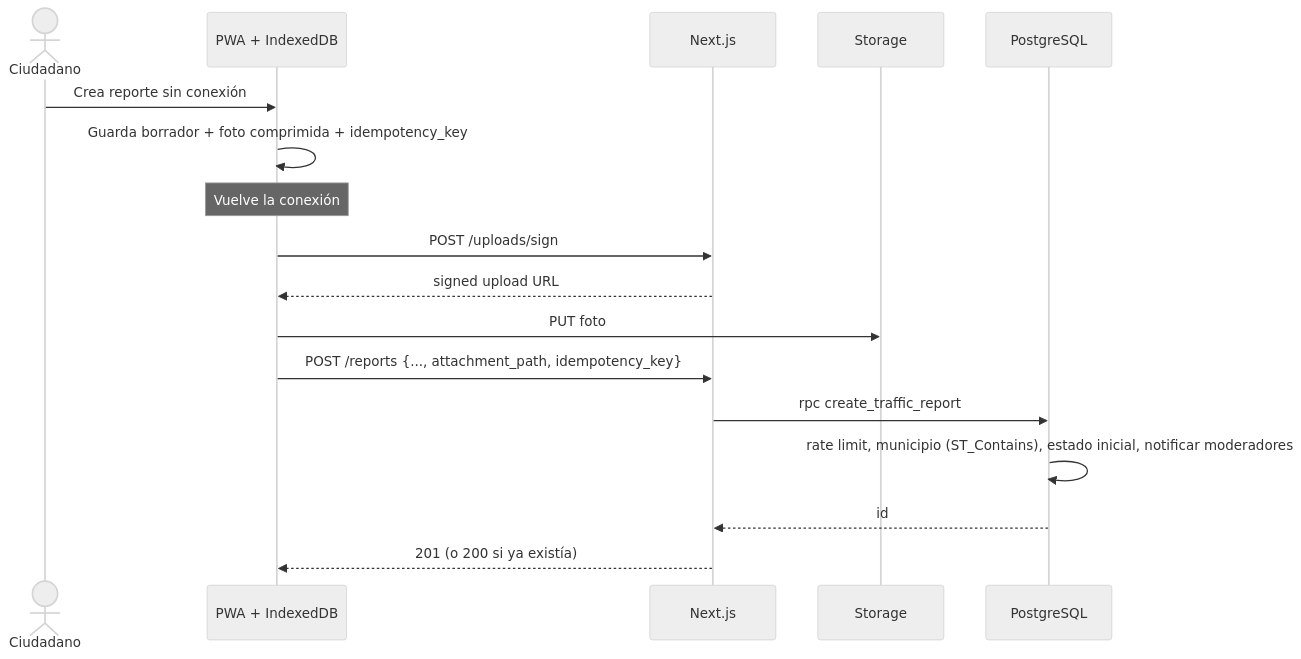
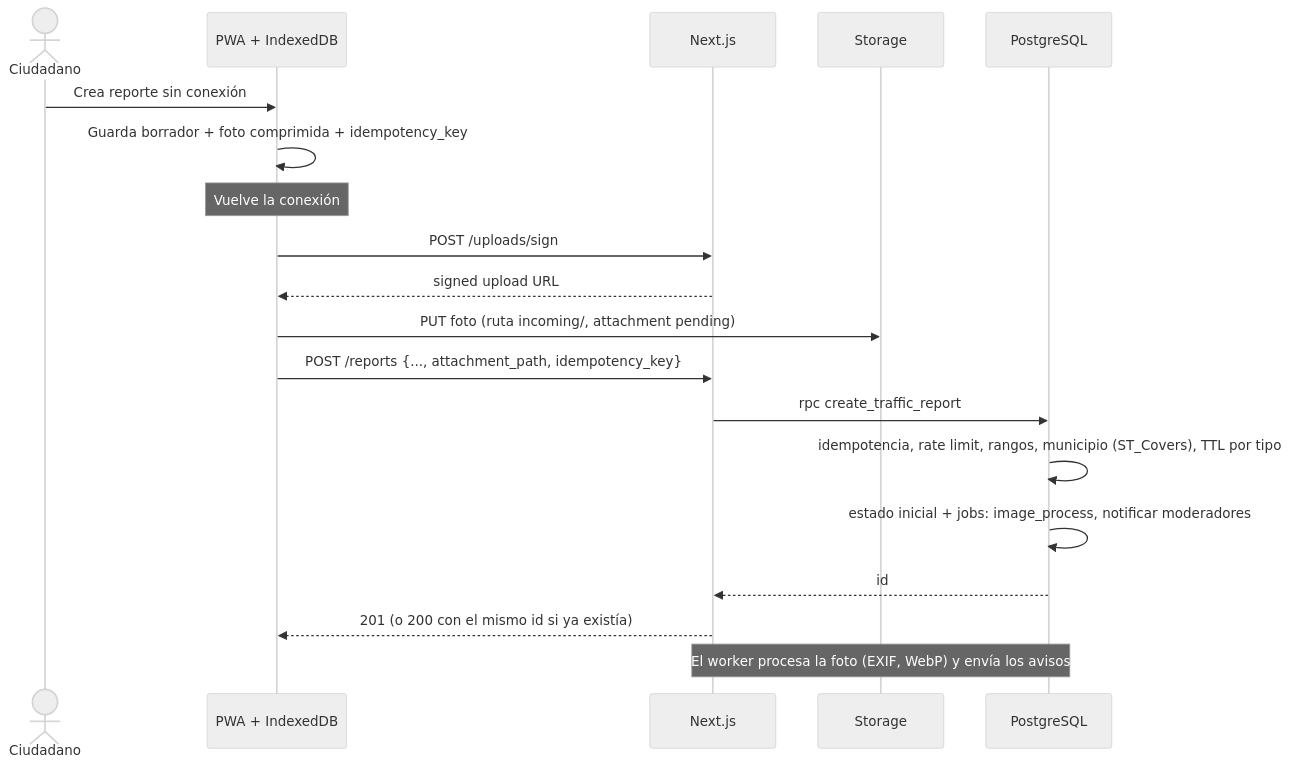
One commit to Pavel0990/CERTIC-MAPS-SR changed the fourth of 6 diagrams in ARCHITECTURE.md. Above: the diagram before and after it, drawn with Mermaid (neutral theme). The commit also changed other lines of this file, not shown here.

Commit message:
docs: architecture v1.1 - fix contradictions and add evolution foundations

````diff
--- a/ARCHITECTURE.md
+++ b/ARCHITECTURE.md
@@ -1178,19 +1384,21 @@
 ```mermaid
 sequenceDiagram
     actor U as Ciudadano
     participant C as PWA + IndexedDB
     participant N as Next.js
     participant ST as Storage
     participant DB as PostgreSQL
     U->>C: Crea reporte sin conexión
     C->>C: Guarda borrador + foto comprimida + idempotency_key
     Note over C: Vuelve la conexión
     C->>N: POST /uploads/sign
     N-->>C: signed upload URL
-    C->>ST: PUT foto
+    C->>ST: PUT foto (ruta incoming/, attachment pending)
     C->>N: POST /reports {..., attachment_path, idempotency_key}
     N->>DB: rpc create_traffic_report
-    DB->>DB: rate limit, municipio (ST_Contains), estado inicial, notificar moderadores
+    DB->>DB: idempotencia, rate limit, rangos, municipio (ST_Covers), TTL por tipo
+    DB->>DB: estado inicial + jobs: image_process, notificar moderadores
     DB-->>N: id
-    N-->>C: 201 (o 200 si ya existía)
+    N-->>C: 201 (o 200 con el mismo id si ya existía)
+    Note over DB,N: El worker procesa la foto (EXIF, WebP) y envía los avisos
 ```
````
